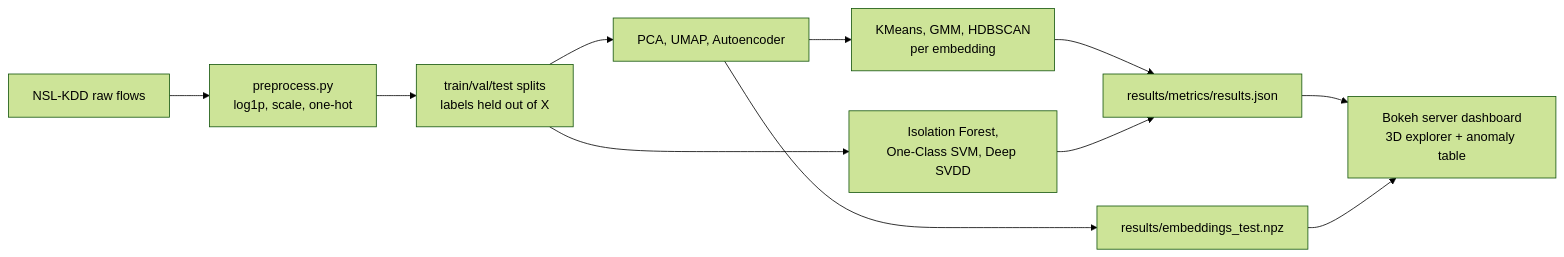
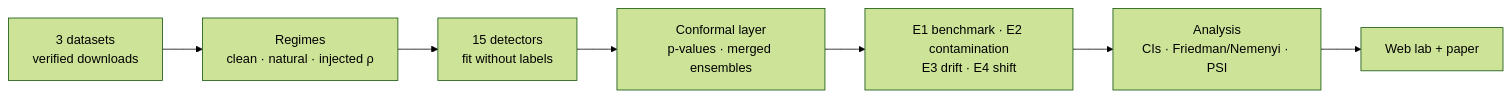
Before and after one commit to fragompul/unsupervised-anomaly-network-intrusion: the diagram in README.md, drawn with Mermaid (forest theme). The commit also changed other lines of this file, not shown here.

````diff
--- a/README.md
+++ b/README.md
@@ -51,13 +87,9 @@
 ```mermaid
 flowchart LR
-    A[NSL-KDD raw flows] --> B[preprocess.py<br/>log1p, scale, one-hot]
-    B --> C[train/val/test splits<br/>labels held out of X]
-    C --> D[PCA, UMAP, Autoencoder]
-    D --> E[KMeans, GMM, HDBSCAN<br/>per embedding]
-    C --> F[Isolation Forest,<br/>One-Class SVM, Deep SVDD]
-    E --> G[results/metrics/results.json]
-    F --> G
-    D --> H[results/embeddings_test.npz]
-    G --> I[Bokeh server dashboard<br/>3D explorer + anomaly table]
-    H --> I
+    D[3 datasets<br/>verified downloads] --> R[Regimes<br/>clean · natural · injected ρ]
+    R --> Z[15 detectors<br/>fit without labels]
+    Z --> C[Conformal layer<br/>p-values · merged ensembles]
+    C --> E[E1 benchmark · E2 contamination<br/>E3 drift · E4 shift]
+    E --> A[Analysis<br/>CIs · Friedman/Nemenyi · PSI]
+    A --> UI[Web lab + paper]
 ```
````
